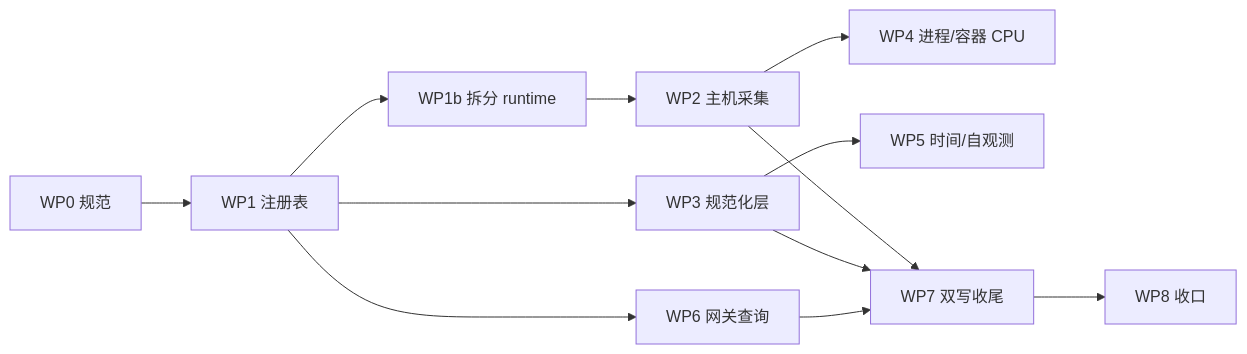
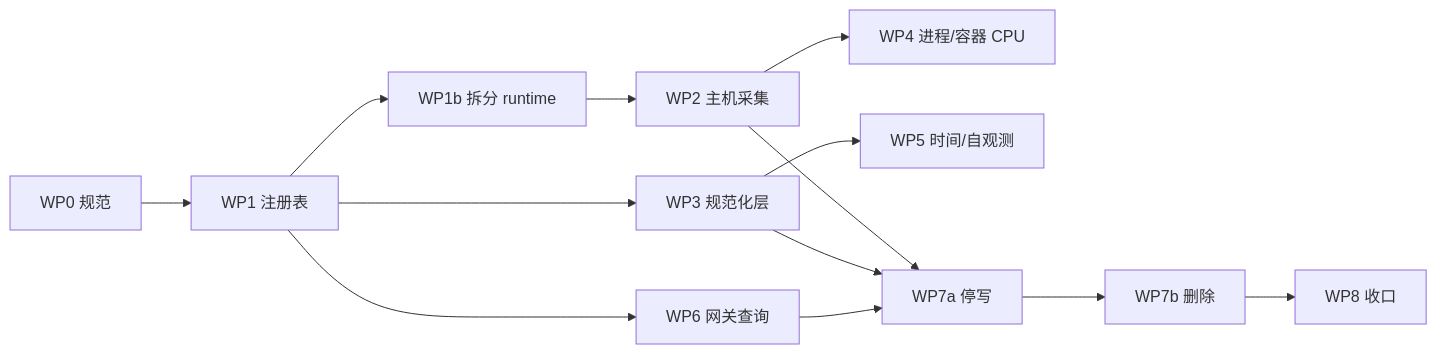
Before and after one commit to dayu-sec/wist-agentd: the diagram in docs/design/metrics-spec-rollout.md, drawn with Mermaid. The commit also changed other lines of this file and 1 other file, not shown here.

````diff
--- a/docs/design/metrics-spec-rollout.md
+++ b/docs/design/metrics-spec-rollout.md
@@ -117,14 +127,15 @@
 ```mermaid
 flowchart LR
     WP0[WP0 规范] --> WP1[WP1 注册表]
     WP1 --> WP1b[WP1b 拆分 runtime]
     WP1 --> WP3[WP3 规范化层]
     WP1 --> WP6[WP6 网关查询]
     WP1b --> WP2[WP2 主机采集]
     WP2 --> WP4[WP4 进程/容器 CPU]
     WP3 --> WP5[WP5 时间/自观测]
-    WP2 --> WP7[WP7 双写收尾]
-    WP3 --> WP7
-    WP6 --> WP7
-    WP7 --> WP8[WP8 收口]
+    WP2 --> WP7a[WP7a 停写]
+    WP3 --> WP7a
+    WP6 --> WP7a
+    WP7a --> WP7b[WP7b 删除]
+    WP7b --> WP8[WP8 收口]
 ```
````
